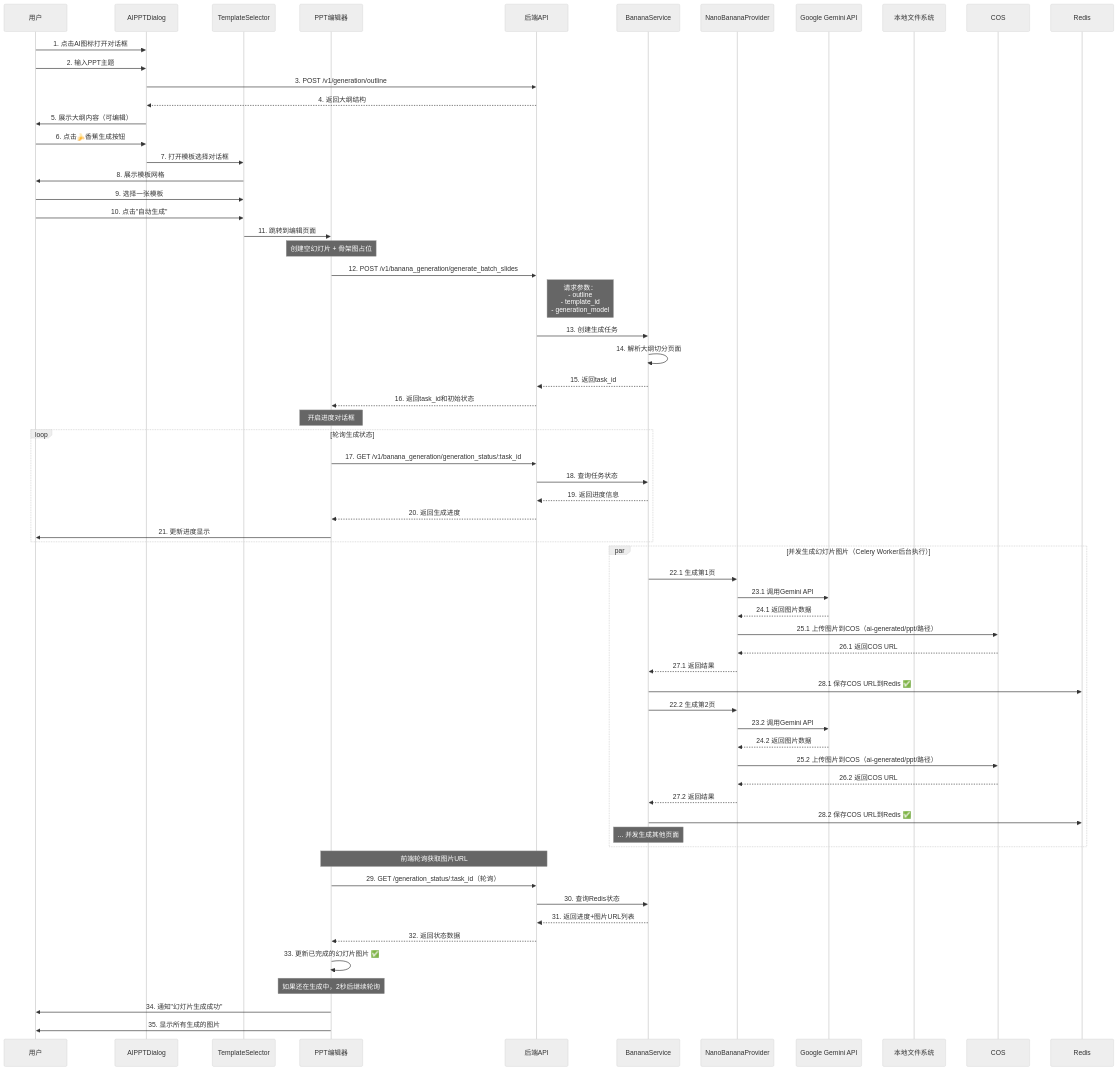
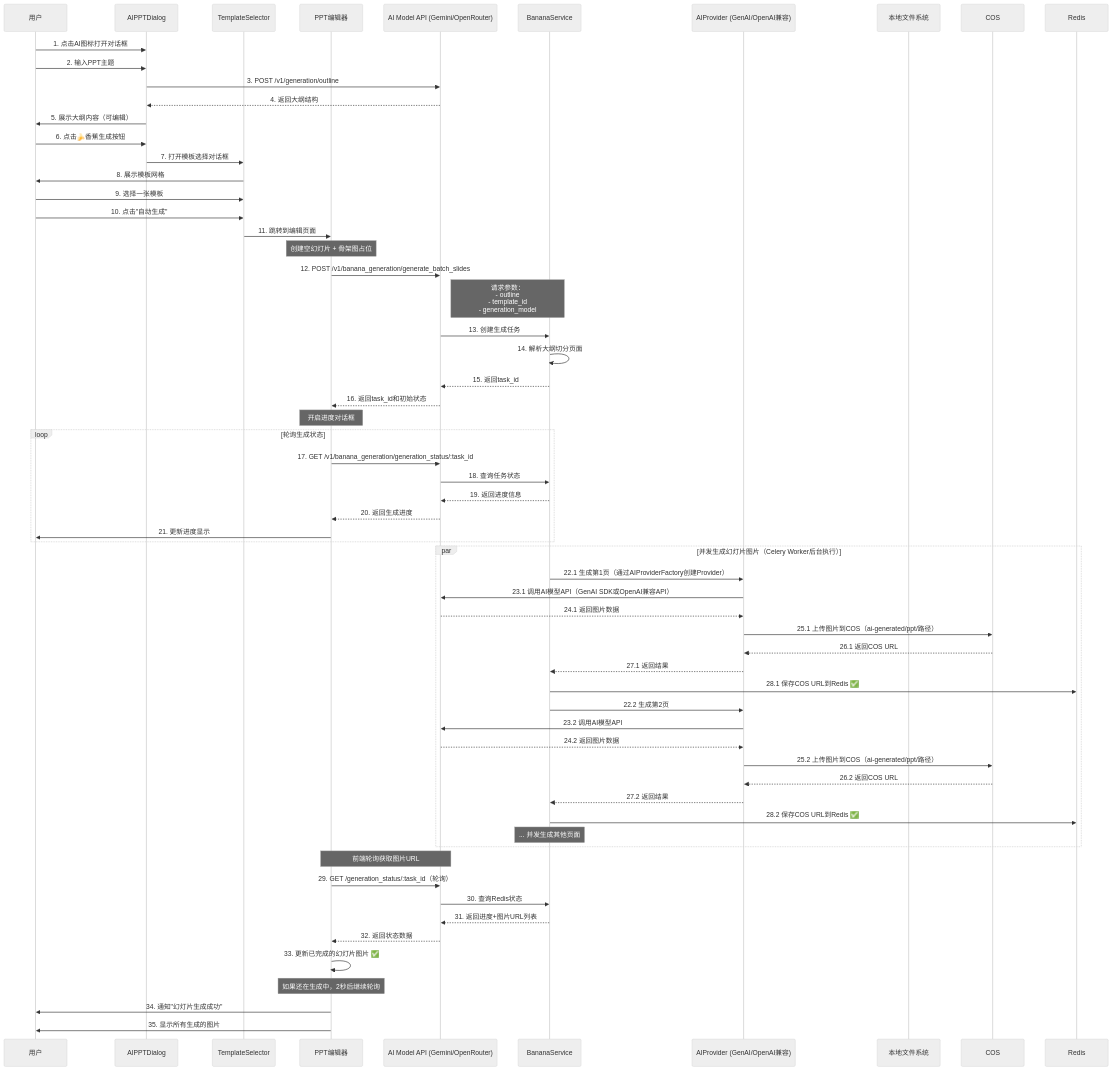
One commit to domonic18/ai-pptist-system changed the diagram in docs/arch/AIPPT生成PPT增强流程/Nano-Banana-Pro架构设计文档.md. Above: the diagram before and after it, drawn with Mermaid (neutral theme). The commit also changed other lines of this file, not shown here.

First line of the commit message:
docs: 更新Nano-Banana-Pro架构设计文档

````diff
--- a/docs/arch/AIPPT生成PPT增强流程/Nano-Banana-Pro架构设计文档.md
+++ b/docs/arch/AIPPT生成PPT增强流程/Nano-Banana-Pro架构设计文档.md
@@ -173,80 +174,80 @@
 ```mermaid
 sequenceDiagram
     participant User as 用户
     participant Dialog as AIPPTDialog
     participant Selector as TemplateSelector
     participant Editor as PPT编辑器
     participant API as 后端API
     participant Service as BananaService
-    participant Provider as NanoBananaProvider
-    participant Gemini as Google Gemini API
+    participant Provider as AIProvider (GenAI/OpenAI兼容)
+    participant API as AI Model API (Gemini/OpenRouter)
     participant FS as 本地文件系统
 
     User->>Dialog: 1. 点击AI图标打开对话框
     User->>Dialog: 2. 输入PPT主题
     Dialog->>API: 3. POST /v1/generation/outline
     API-->>Dialog: 4. 返回大纲结构
     
     Dialog->>User: 5. 展示大纲内容（可编辑）
     
     User->>Dialog: 6. 点击🍌香蕉生成按钮
     Dialog->>Selector: 7. 打开模板选择对话框
     Selector->>User: 8. 展示模板网格
     
     User->>Selector: 9. 选择一张模板
     User->>Selector: 10. 点击"自动生成"
     
     Selector->>Editor: 11. 跳转到编辑页面
     
     Note over Editor: 创建空幻灯片 + 骨架图占位
     
     Editor->>API: 12. POST /v1/banana_generation/generate_batch_slides
     Note right of API: 请求参数：<br/>- outline<br/>- template_id<br/>- generation_model
     
     API->>Service: 13. 创建生成任务
     Service->>Service: 14. 解析大纲切分页面
     Service-->>API: 15. 返回task_id
     API-->>Editor: 16. 返回task_id和初始状态
     
     Note over Editor: 开启进度对话框
     
     loop 轮询生成状态
         Editor->>API: 17. GET /v1/banana_generation/generation_status/:task_id
         API->>Service: 18. 查询任务状态
         Service-->>API: 19. 返回进度信息
         API-->>Editor: 20. 返回生成进度
         Editor->>User: 21. 更新进度显示
     end
     
     par 并发生成幻灯片图片（Celery Worker后台执行）
-        Service->>Provider: 22.1 生成第1页
-        Provider->>Gemini: 23.1 调用Gemini API
-        Gemini-->>Provider: 24.1 返回图片数据
+        Service->>Provider: 22.1 生成第1页（通过AIProviderFactory创建Provider）
+        Provider->>API: 23.1 调用AI模型API（GenAI SDK或OpenAI兼容API）
+        API-->>Provider: 24.1 返回图片数据
         Provider->>COS: 25.1 上传图片到COS（ai-generated/ppt/路径）
         COS-->>Provider: 26.1 返回COS URL
         Provider-->>Service: 27.1 返回结果
         Service->>Redis: 28.1 保存COS URL到Redis ✅
         
         Service->>Provider: 22.2 生成第2页
-        Provider->>Gemini: 23.2 调用Gemini API
-        Gemini-->>Provider: 24.2 返回图片数据
+        Provider->>API: 23.2 调用AI模型API
+        API-->>Provider: 24.2 返回图片数据
         Provider->>COS: 25.2 上传图片到COS（ai-generated/ppt/路径）
         COS-->>Provider: 26.2 返回COS URL
         Provider-->>Service: 27.2 返回结果
         Service->>Redis: 28.2 保存COS URL到Redis ✅
         
         Note over Service: ... 并发生成其他页面
     end
     
     Note over Editor,API: 前端轮询获取图片URL
     Editor->>API: 29. GET /generation_status/:task_id（轮询）
     API->>Service: 30. 查询Redis状态
     Service-->>API: 31. 返回进度+图片URL列表
     API-->>Editor: 32. 返回状态数据
     Editor->>Editor: 33. 更新已完成的幻灯片图片 ✅
     
     Note over Editor: 如果还在生成中，2秒后继续轮询
     
     Editor->>User: 34. 通知"幻灯片生成成功"
     Editor->>User: 35. 显示所有生成的图片
 ```
````
